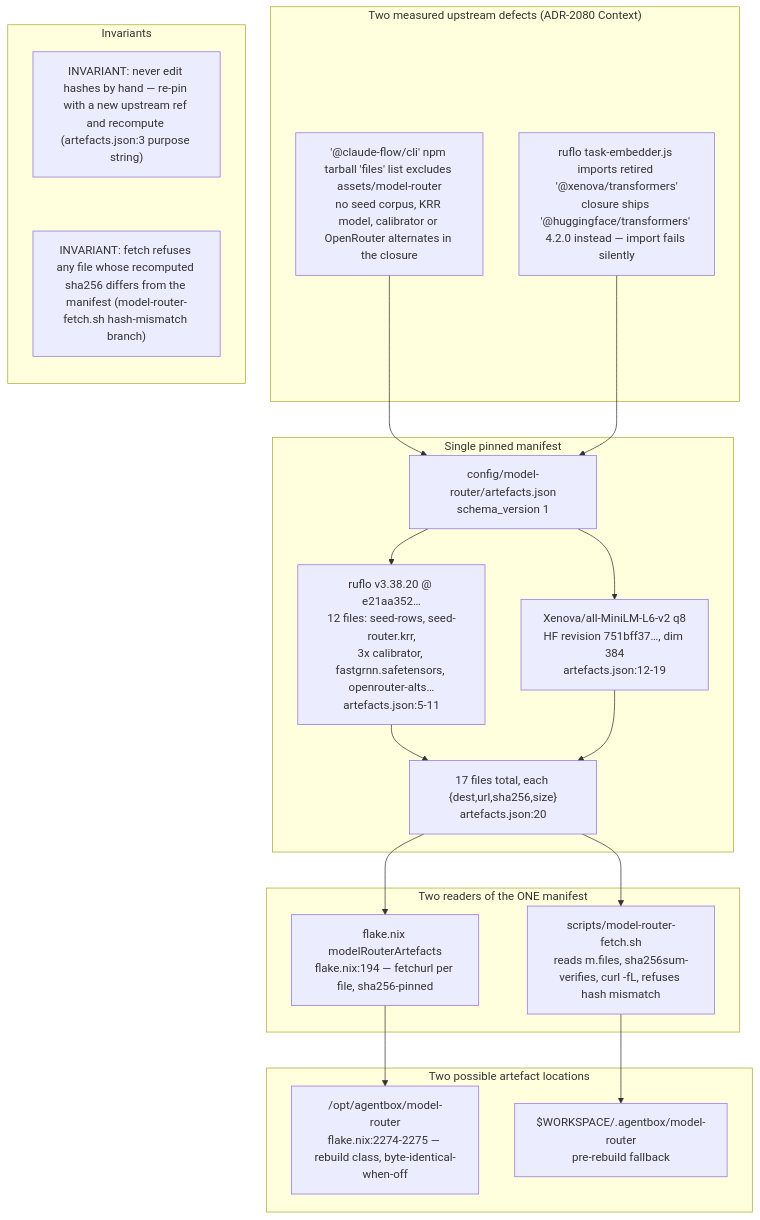
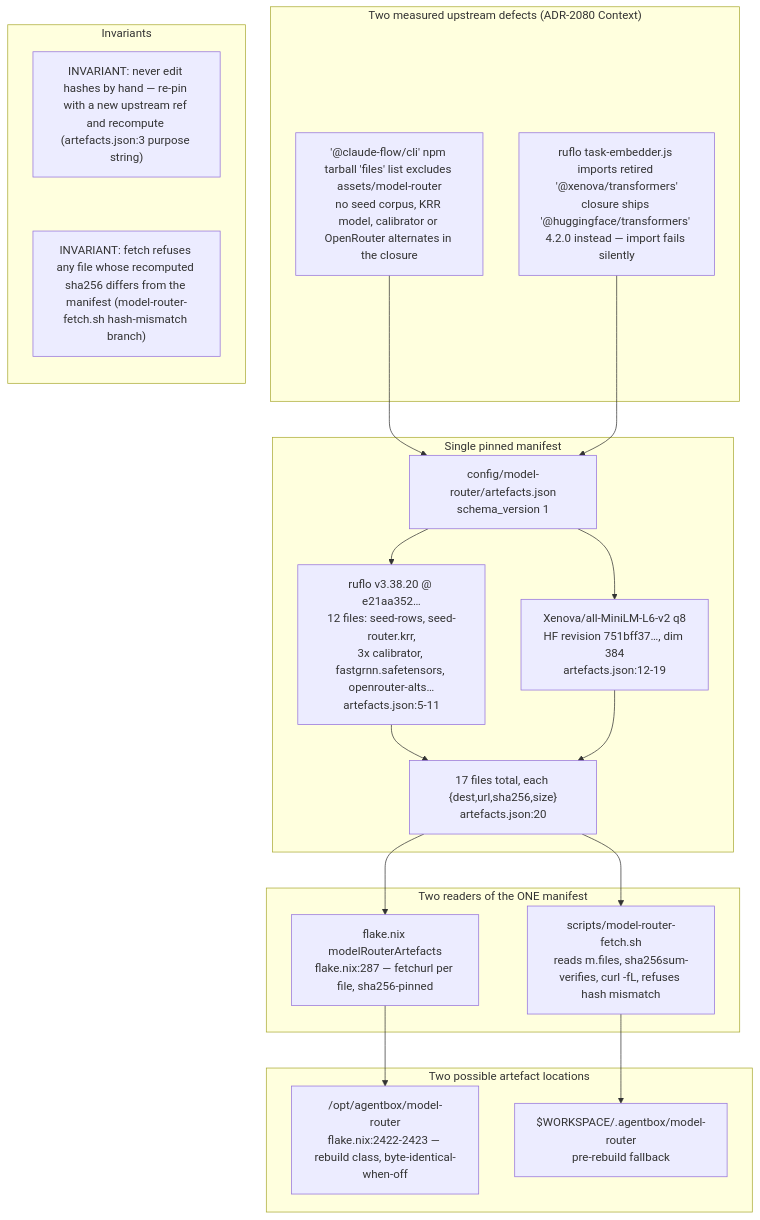
One commit to DreamLab-AI/VisionFlow changed the first of 9 diagrams in docs/diagrams/agentbox/29-metaharness-router-console.md. Above: the diagram before and after it, drawn with Mermaid. The commit also changed other lines of this file and 6 other files, not shown here.

First line of the commit message:
docs: align native session and ingress diagrams (#39)

````diff
--- a/docs/diagrams/agentbox/29-metaharness-router-console.md
+++ b/docs/diagrams/agentbox/29-metaharness-router-console.md
@@ -33,33 +33,33 @@
 ```mermaid
 flowchart TB
     subgraph gap["Two measured upstream defects (ADR-2080 Context)"]
         T1["'@claude-flow/cli' npm tarball 'files' list excludes assets/model-router<br/>no seed corpus, KRR model, calibrator or OpenRouter alternates in the closure"]
         T2["ruflo task-embedder.js imports retired '@xenova/transformers'<br/>closure ships '@huggingface/transformers' 4.2.0 instead — import fails silently"]
     end
     subgraph manifest["Single pinned manifest"]
         ART["config/model-router/artefacts.json<br/>schema_version 1"]
         RUFLO["ruflo v3.38.20 @ e21aa352…<br/>12 files: seed-rows, seed-router.krr,<br/>3x calibrator, fastgrnn.safetensors, openrouter-alts…<br/>artefacts.json:5-11"]
         EMB["Xenova/all-MiniLM-L6-v2 q8<br/>HF revision 751bff37…, dim 384<br/>artefacts.json:12-19"]
         FILES["17 files total, each {dest,url,sha256,size}<br/>artefacts.json:20"]
     end
     subgraph readers["Two readers of the ONE manifest"]
-        NIX["flake.nix modelRouterArtefacts<br/>flake.nix:194 — fetchurl per file, sha256-pinned"]
+        NIX["flake.nix modelRouterArtefacts<br/>flake.nix:287 — fetchurl per file, sha256-pinned"]
         FETCH["scripts/model-router-fetch.sh<br/>reads m.files, sha256sum-verifies, curl -fL, refuses hash mismatch"]
     end
     subgraph outputs["Two possible artefact locations"]
-        BAKED["/opt/agentbox/model-router<br/>flake.nix:2274-2275 — rebuild class, byte-identical-when-off"]
+        BAKED["/opt/agentbox/model-router<br/>flake.nix:2422-2423 — rebuild class, byte-identical-when-off"]
         FALLBACK["$WORKSPACE/.agentbox/model-router<br/>pre-rebuild fallback"]
     end
     T1 --> ART
     T2 --> ART
     ART --> RUFLO --> FILES
     ART --> EMB --> FILES
     FILES --> NIX --> BAKED
     FILES --> FETCH --> FALLBACK
     subgraph notes["Invariants"]
         direction TB
         N1["INVARIANT: never edit hashes by hand — re-pin with a new upstream ref and recompute (artefacts.json:3 purpose string)"]
         N2["INVARIANT: fetch refuses any file whose recomputed sha256 differs from the manifest (model-router-fetch.sh hash-mismatch branch)"]
         N1 ~~~ N2
     end
 ```
````
